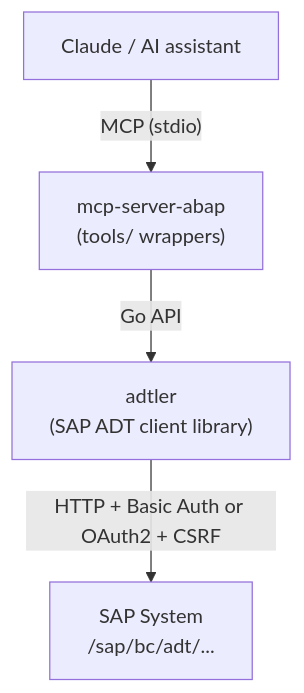
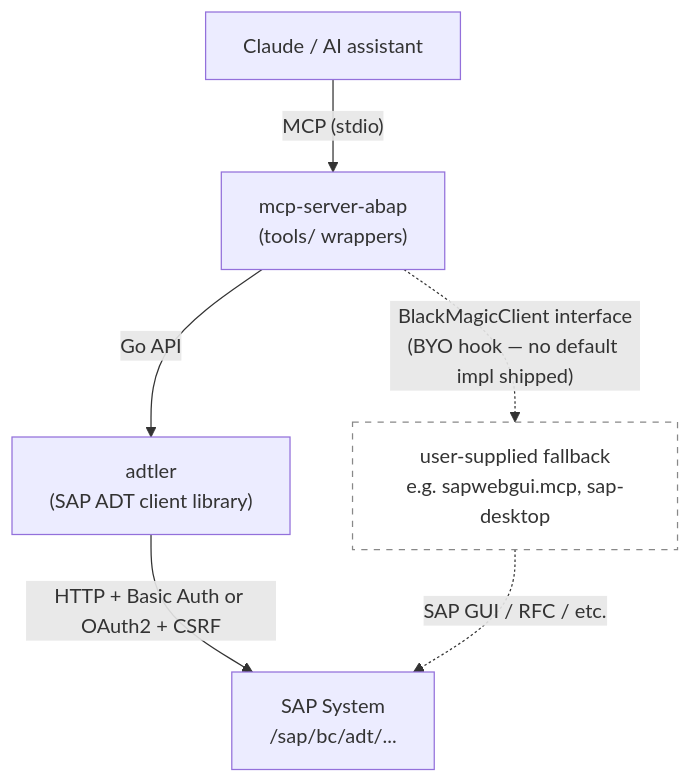
One commit to Hochfrequenz/aibap.mcp changed the diagram in README.md. Above: the diagram before and after it, drawn with Mermaid. The commit also changed other lines of this file, not shown here.

First line of the commit message:
docs(readme): show BlackMagic BYO hook in the architecture diagram

````diff
--- a/README.md
+++ b/README.md
@@ -19,6 +19,10 @@
 ```mermaid
 graph TD
     A["Claude / AI assistant"] -->|"MCP (stdio)"| B["mcp-server-abap<br/>(tools/ wrappers)"]
     B -->|"Go API"| C["adtler<br/>(SAP ADT client library)"]
     C -->|"HTTP + Basic Auth or OAuth2 + CSRF"| D["SAP System<br/>/sap/bc/adt/..."]
+    B -.->|"BlackMagicClient interface<br/>(BYO hook — no default impl shipped)"| E["user-supplied fallback<br/>e.g. sapwebgui.mcp, sap-desktop"]
+    E -.->|"SAP GUI / RFC / etc."| D
+
+    style E fill:#fff,stroke:#888,stroke-dasharray: 5 5
 ```
````
